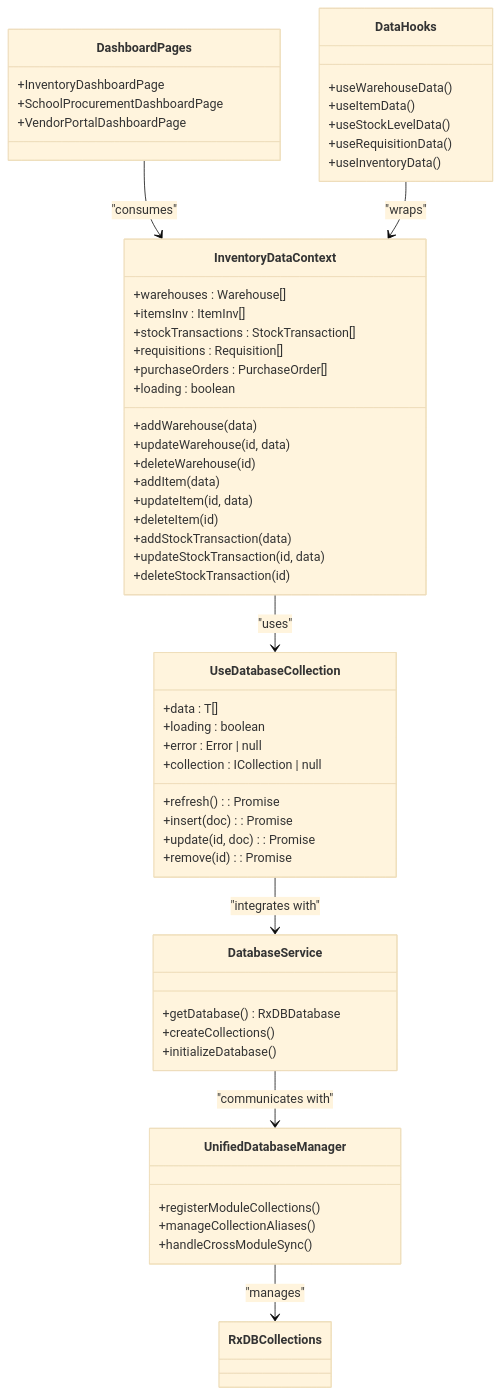
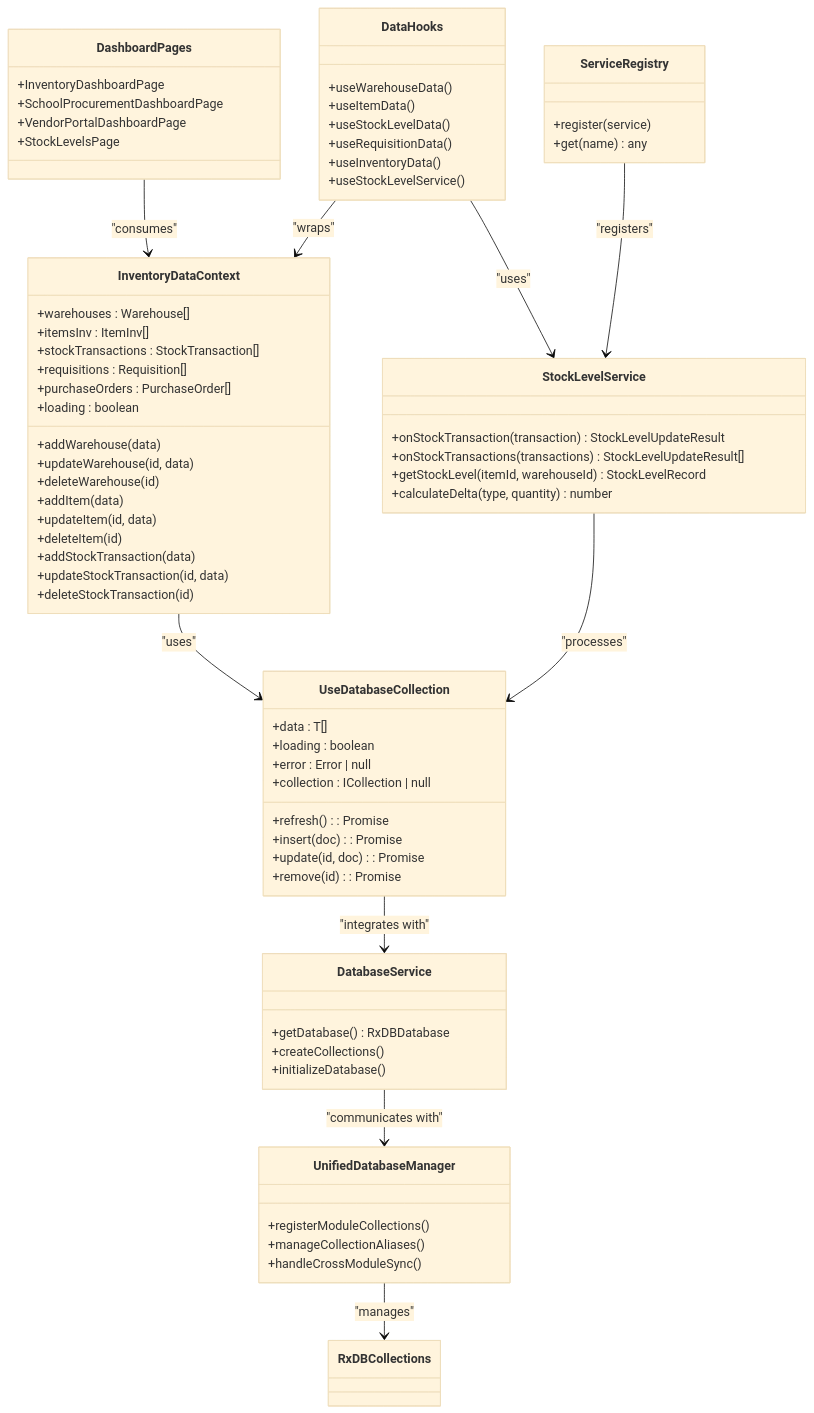
The second of 9 diagrams in .qoder/repowiki/en/content/Modules System/Inventory Module.md (geniusdynamics/schoolpilot), drawn with Mermaid (base theme) before and after one commit. The commit also changed other lines of this file and 21 other files, not shown here.

````diff
--- a/.qoder/repowiki/en/content/Modules System/Inventory Module.md
+++ b/.qoder/repowiki/en/content/Modules System/Inventory Module.md
@@ -198,58 +229,73 @@
 ```mermaid
 classDiagram
 class InventoryDataContext {
 +warehouses : Warehouse[]
 +itemsInv : ItemInv[]
 +stockTransactions : StockTransaction[]
 +requisitions : Requisition[]
 +purchaseOrders : PurchaseOrder[]
 +loading : boolean
 +addWarehouse(data)
 +updateWarehouse(id, data)
 +deleteWarehouse(id)
 +addItem(data)
 +updateItem(id, data)
 +deleteItem(id)
 +addStockTransaction(data)
 +updateStockTransaction(id, data)
 +deleteStockTransaction(id)
+}
+class StockLevelService {
++onStockTransaction(transaction) StockLevelUpdateResult
++onStockTransactions(transactions) StockLevelUpdateResult[]
++getStockLevel(itemId, warehouseId) StockLevelRecord
++calculateDelta(type, quantity) number
 }
 class UseDatabaseCollection {
 +data : T[]
 +loading : boolean
 +error : Error | null
 +refresh() : Promise<void>
 +insert(doc) : Promise<T | null>
 +update(id, doc) : Promise<T | null>
 +remove(id) : Promise<boolean>
 +collection : ICollection<T> | null
 }
 class DatabaseService {
 +getDatabase() RxDBDatabase
 +createCollections()
 +initializeDatabase()
 }
 class UnifiedDatabaseManager {
 +registerModuleCollections()
 +manageCollectionAliases()
 +handleCrossModuleSync()
 }
 class DashboardPages {
 +InventoryDashboardPage
 +SchoolProcurementDashboardPage
 +VendorPortalDashboardPage
++StockLevelsPage
 }
 class DataHooks {
 +useWarehouseData()
 +useItemData()
 +useStockLevelData()
 +useRequisitionData()
 +useInventoryData()
++useStockLevelService()
+}
+class ServiceRegistry {
++register(service)
++get(name) any
 }
 InventoryDataContext --> UseDatabaseCollection : "uses"
+StockLevelService --> UseDatabaseCollection : "processes"
 UseDatabaseCollection --> DatabaseService : "integrates with"
 DatabaseService --> UnifiedDatabaseManager : "communicates with"
 UnifiedDatabaseManager --> RxDBCollections : "manages"
 DashboardPages --> InventoryDataContext : "consumes"
 DataHooks --> InventoryDataContext : "wraps"
+DataHooks --> StockLevelService : "uses"
+ServiceRegistry --> StockLevelService : "registers"
 ```
````
